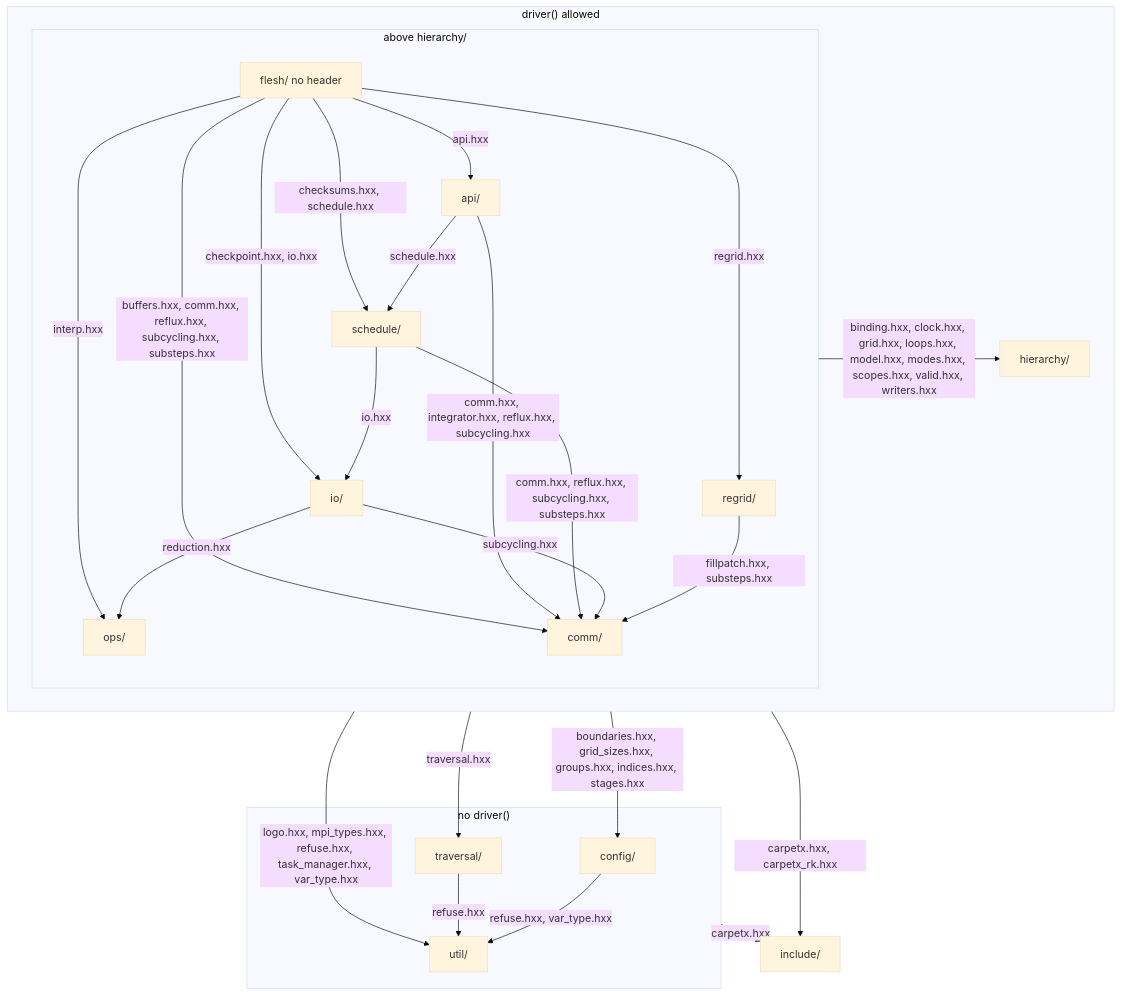
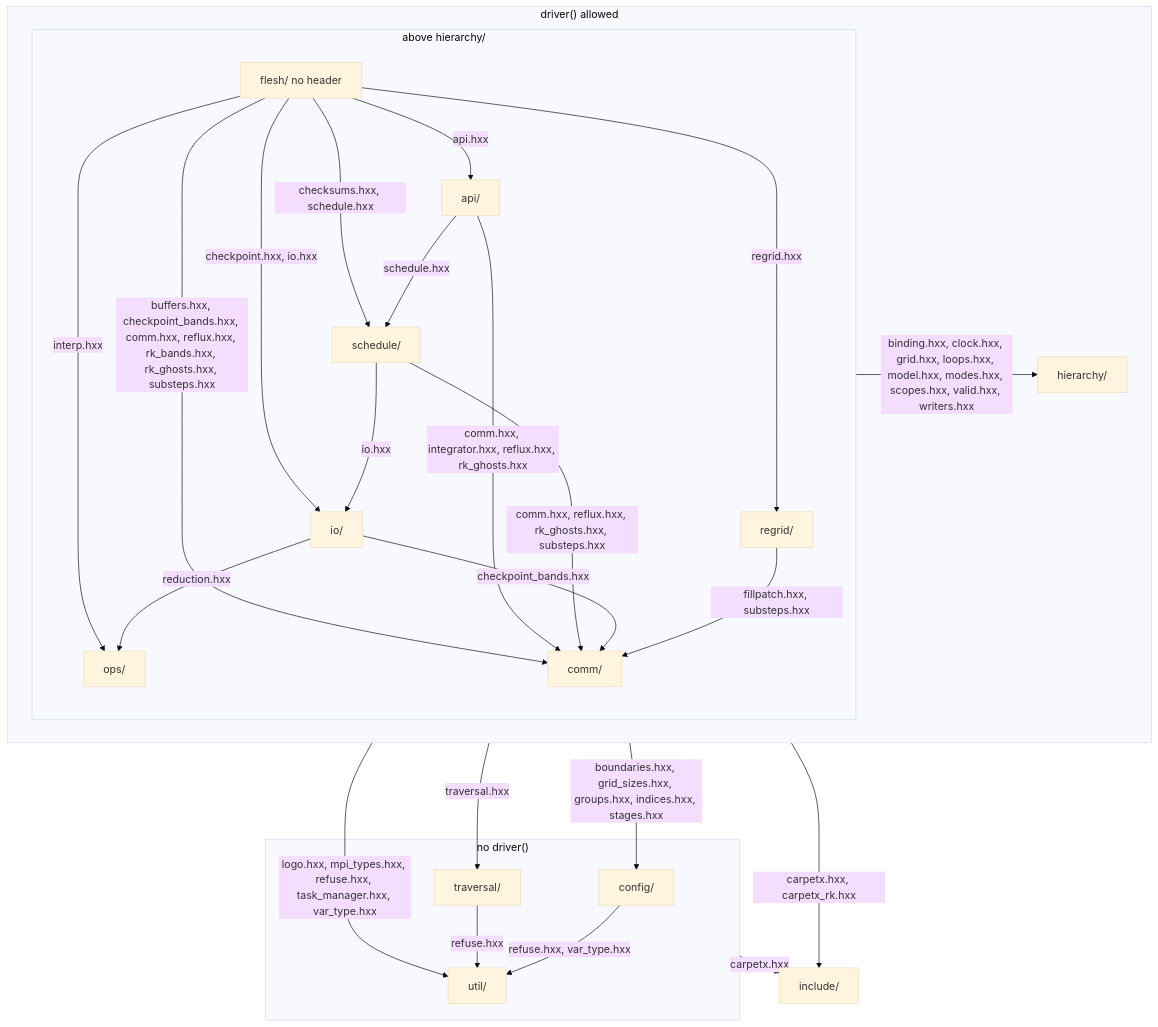
The first of 3 diagrams in agent_docs/carpetx-internals.md (lwJi/CarpetX), drawn with Mermaid (base theme) before and after one commit. The commit also changed 15 other files, not shown here.

````diff
--- a/agent_docs/carpetx-internals.md
+++ b/agent_docs/carpetx-internals.md
@@ -7,42 +7,42 @@
 ```mermaid
 flowchart TB
   subgraph door["driver() allowed"]
     subgraph above["above hierarchy/"]
       flesh["flesh/ no header"]
       api["api/"]
       schedule["schedule/"]
       io["io/"]
       ops["ops/"]
       regrid["regrid/"]
       comm["comm/"]
     end
     hierarchy["hierarchy/"]
   end
   subgraph nodoor["no driver()"]
     config["config/"]
     traversal["traversal/"]
     util["util/"]
   end
   include["include/"]
   flesh -- "api.hxx" --> api
   flesh -- "checksums.hxx, schedule.hxx" --> schedule
   flesh -- "checkpoint.hxx, io.hxx" --> io
   flesh -- "interp.hxx" --> ops
   flesh -- "regrid.hxx" --> regrid
-  flesh -- "buffers.hxx, comm.hxx, reflux.hxx, subcycling.hxx, substeps.hxx" --> comm
+  flesh -- "buffers.hxx, checkpoint_bands.hxx, comm.hxx, reflux.hxx, rk_bands.hxx, rk_ghosts.hxx, substeps.hxx" --> comm
   api -- "schedule.hxx" --> schedule
-  api -- "comm.hxx, integrator.hxx, reflux.hxx, subcycling.hxx" --> comm
+  api -- "comm.hxx, integrator.hxx, reflux.hxx, rk_ghosts.hxx" --> comm
   schedule -- "io.hxx" --> io
-  schedule -- "comm.hxx, reflux.hxx, subcycling.hxx, substeps.hxx" --> comm
+  schedule -- "comm.hxx, reflux.hxx, rk_ghosts.hxx, substeps.hxx" --> comm
   io -- "reduction.hxx" --> ops
-  io -- "subcycling.hxx" --> comm
+  io -- "checkpoint_bands.hxx" --> comm
   regrid -- "fillpatch.hxx, substeps.hxx" --> comm
   config -- "refuse.hxx, var_type.hxx" --> util
   traversal -- "refuse.hxx" --> util
   above -- "binding.hxx, clock.hxx, grid.hxx, loops.hxx, model.hxx, modes.hxx, scopes.hxx, valid.hxx, writers.hxx" --> hierarchy
   door -- "boundaries.hxx, grid_sizes.hxx, groups.hxx, indices.hxx, stages.hxx" --> config
   door -- "traversal.hxx" --> traversal
   door -- "logo.hxx, mpi_types.hxx, refuse.hxx, task_manager.hxx, var_type.hxx" --> util
   door -- "carpetx.hxx, carpetx_rk.hxx" --> include
   nodoor -- "carpetx.hxx" --> include
 ```
````
